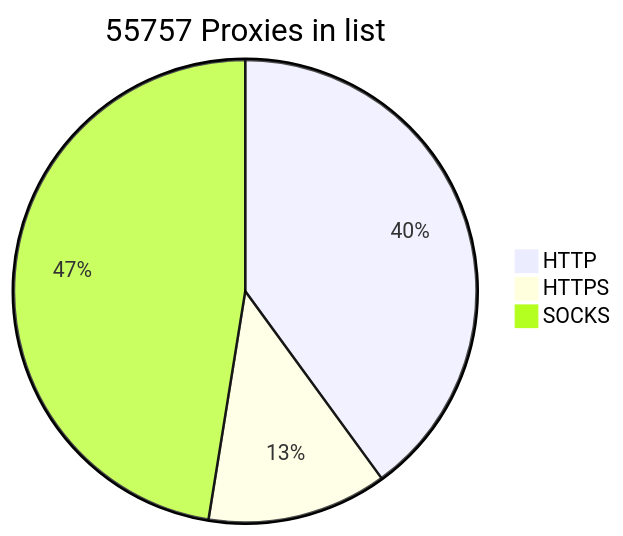
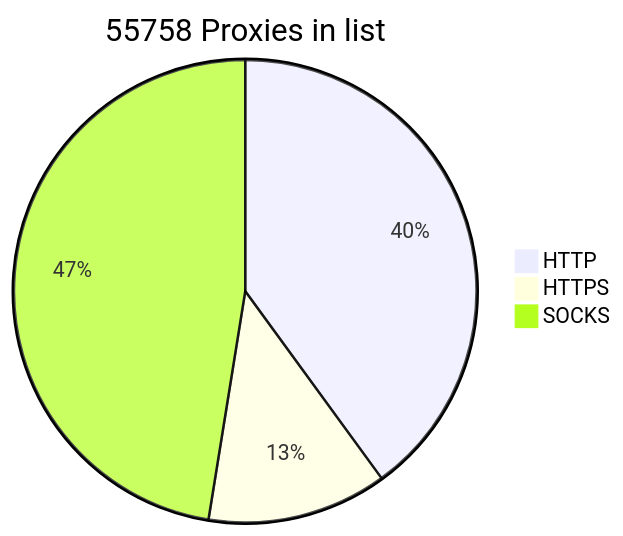
Before and after one commit to BlackSnowDot/proxylist-update-every-minute: the diagram in README.md, drawn with Mermaid.

````diff
--- a/README.md
+++ b/README.md
@@ -2,6 +2,6 @@
 ```mermaid
-pie title 55757 Proxies in list
+pie title 55758 Proxies in list
     "HTTP" : 24961
     "HTTPS": 7847
-    "SOCKS" : 29633
+    "SOCKS" : 29634
 ```
````
